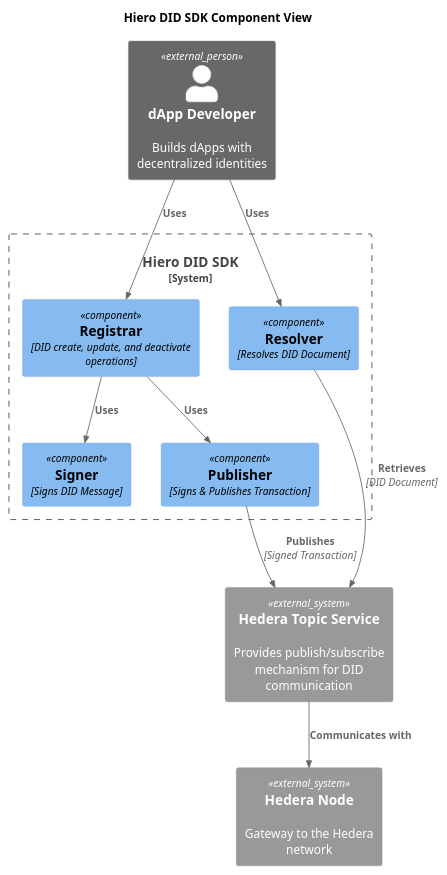
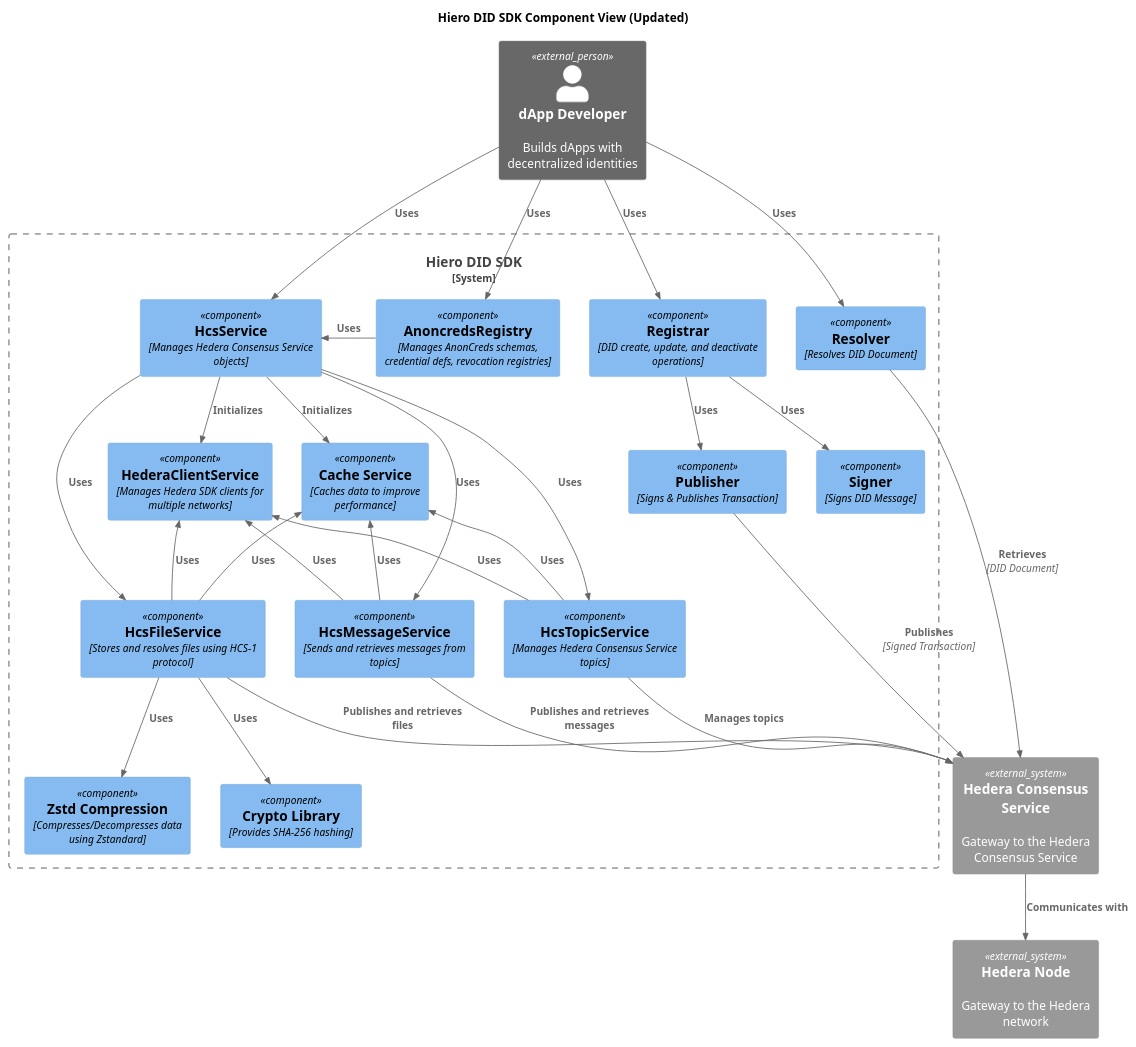
The diagram in docs/modules/ROOT/pages/02-design/diagrams/component-view-diagram.puml (hiero-ledger/hiero-did-sdk-js), drawn with PlantUML before and after one commit. The commit also changed 11 other files, not shown here.

```diff
--- a/docs/modules/ROOT/pages/02-design/diagrams/component-view-diagram.puml
+++ b/docs/modules/ROOT/pages/02-design/diagrams/component-view-diagram.puml
@@ -1,26 +1,73 @@
 @startuml
 !include https://raw.githubusercontent.com/plantuml-stdlib/C4-PlantUML/master/C4_Component.puml
 
-title Hiero DID SDK Component View
+title Hiero DID SDK Component View (Updated)
 
 Person_Ext(developer, "dApp Developer", "Builds dApps with decentralized identities")
 
 System_Boundary(c1, "Hiero DID SDK") {
+
   Component(registrar, "Registrar", "DID create, update, and deactivate operations")
   Component(resolver, "Resolver", "Resolves DID Document")
+  Component(hcsService, "HcsService", "Manages Hedera Consensus Service objects")
+  Component(anoncredsRegistry, "AnoncredsRegistry", "Manages AnonCreds schemas, credential defs, revocation registries")
+
   Component(signer, "Signer", "Signs DID Message")
   Component(publisher, "Publisher", "Signs & Publishes Transaction")
+
+  Component(hederaClientService, "HederaClientService", "Manages Hedera SDK clients for multiple networks")
+
+  Component(hcsTopicService, "HcsTopicService", "Manages Hedera Consensus Service topics")
+  Component(hcsMessageService, "HcsMessageService", "Sends and retrieves messages from topics")
+  Component(hcsFileService, "HcsFileService", "Stores and resolves files using HCS-1 protocol")
+
+
+  Component(cache, "Cache Service", "Caches data to improve performance")
+
+  Component(crypto, "Crypto Library", "Provides SHA-256 hashing")
+  Component(zstd, "Zstd Compression", "Compresses/Decompresses data using Zstandard")
 }
 
-System_Ext(topic, "Hedera Topic Service", "Provides publish/subscribe mechanism for DID communication")
+System_Ext(topic, "Hedera Consensus Service", "Gateway to the Hedera Consensus Service")
 System_Ext(hedera, "Hedera Node", "Gateway to the Hedera network")
 
 Rel(developer, registrar, "Uses")
 Rel(developer, resolver, "Uses")
+Rel(developer, hcsService, "Uses")
+Rel(developer, anoncredsRegistry, "Uses")
+
 Rel(registrar, signer, "Uses")
 Rel(registrar, publisher, "Uses")
+
 Rel(publisher, topic, "Publishes", "Signed Transaction")
 Rel(resolver, topic, "Retrieves", "DID Document")
+
+Rel(hcsService, hederaClientService, "Initializes")
+Rel(hcsService, cache, "Initializes")
+
+Rel(hcsService, hcsTopicService, "Uses")
+Rel(hcsService, hcsMessageService, "Uses")
+Rel(hcsService, hcsFileService, "Uses")
+
+Rel_U(hcsTopicService, hederaClientService, "Uses")
+Rel_U(hcsMessageService, hederaClientService, "Uses")
+Rel_U(hcsFileService, hederaClientService, "Uses")
+
+Rel_U(hcsTopicService, cache, "Uses")
+Rel_U(hcsMessageService, cache, "Uses")
+Rel_U(hcsFileService, cache, "Uses")
+
+Rel(hcsFileService, crypto, "Uses")
+Rel(hcsFileService, zstd, "Uses")
+
+
+Rel(hcsMessageService, topic, "Publishes and retrieves messages")
+Rel(hcsFileService, topic, "Publishes and retrieves files")
+Rel(hcsTopicService, topic, "Manages topics")
+
+Rel_L(anoncredsRegistry, hcsService, "Uses")
+
 Rel(topic, hedera, "Communicates with")
 
+
 @enduml
```
